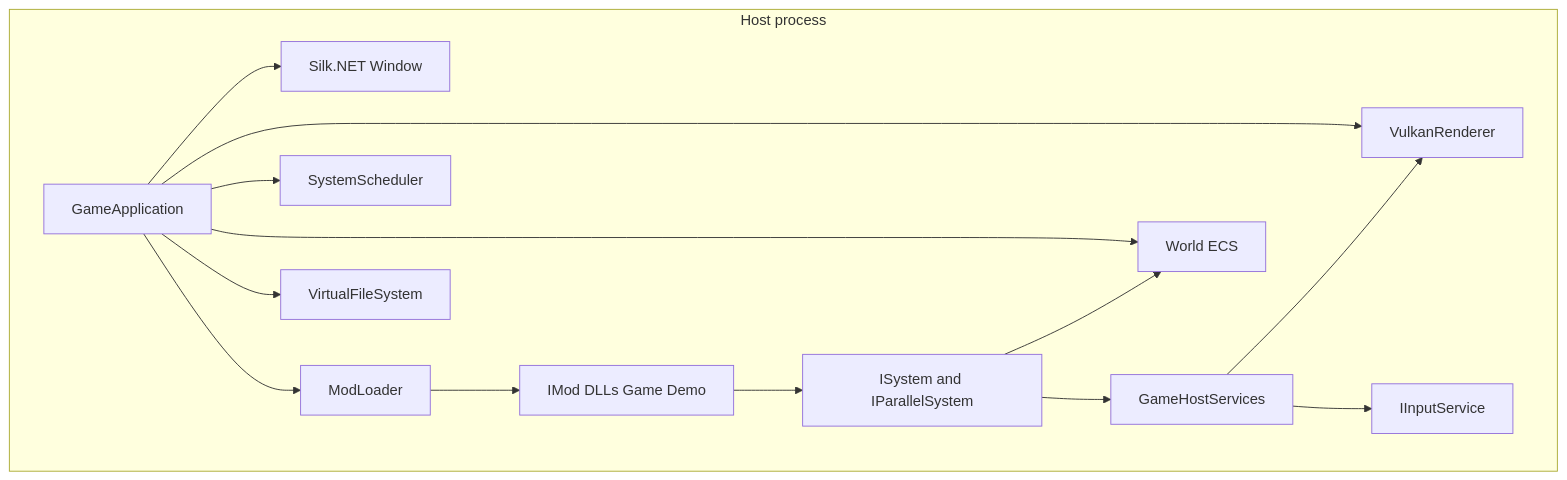
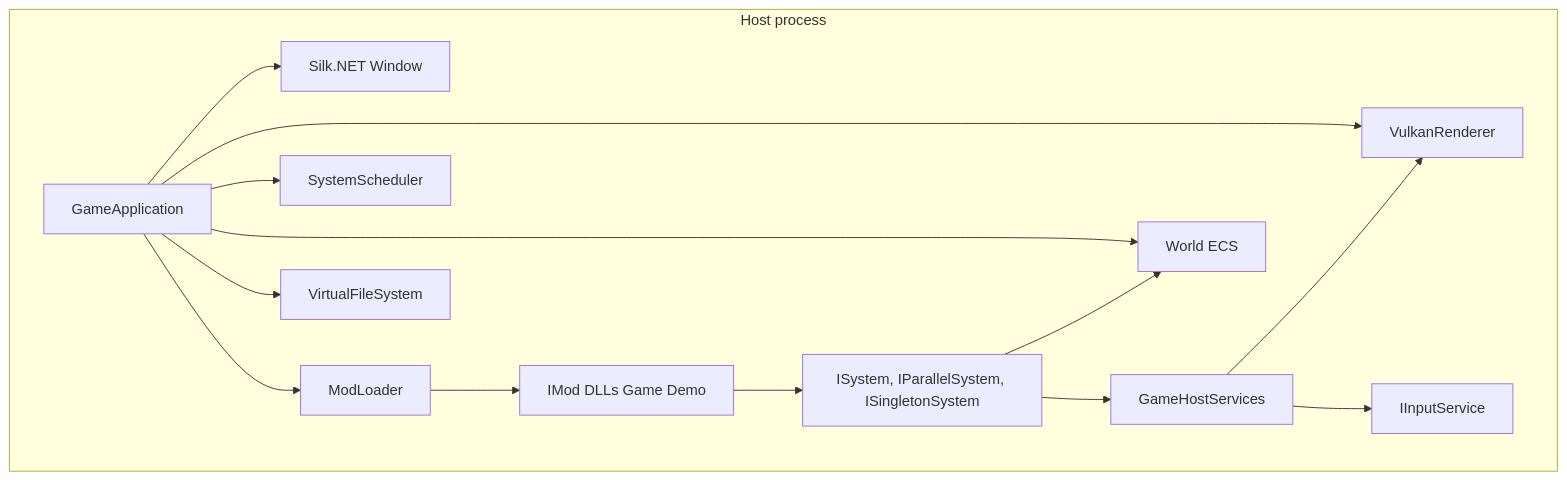
Before and after one commit to wallacet/Cyberland: the diagram in README.md, drawn with Mermaid. The commit also changed other lines of this file and 65 other files, not shown here.

````diff
--- a/README.md
+++ b/README.md
@@ -205,19 +205,19 @@
 ```mermaid
 flowchart TB
   subgraph HP["Host process"]
     GA["GameApplication"]
     GA --> WIN["Silk.NET Window"]
     GA --> VK["VulkanRenderer"]
     GA --> SCHED["SystemScheduler"]
     GA --> ECS["World ECS"]
     GA --> VFS["VirtualFileSystem"]
     ML["ModLoader"]
     GA --> ML
     ML --> MODS["IMod DLLs Game Demo"]
-    MODS --> SYS["ISystem and IParallelSystem"]
+    MODS --> SYS["ISystem, IParallelSystem, ISingletonSystem"]
     SYS --> ECS
     SYS --> SVC["GameHostServices"]
     SVC --> VK
     SVC --> INP["IInputService"]
   end
 ```
````
